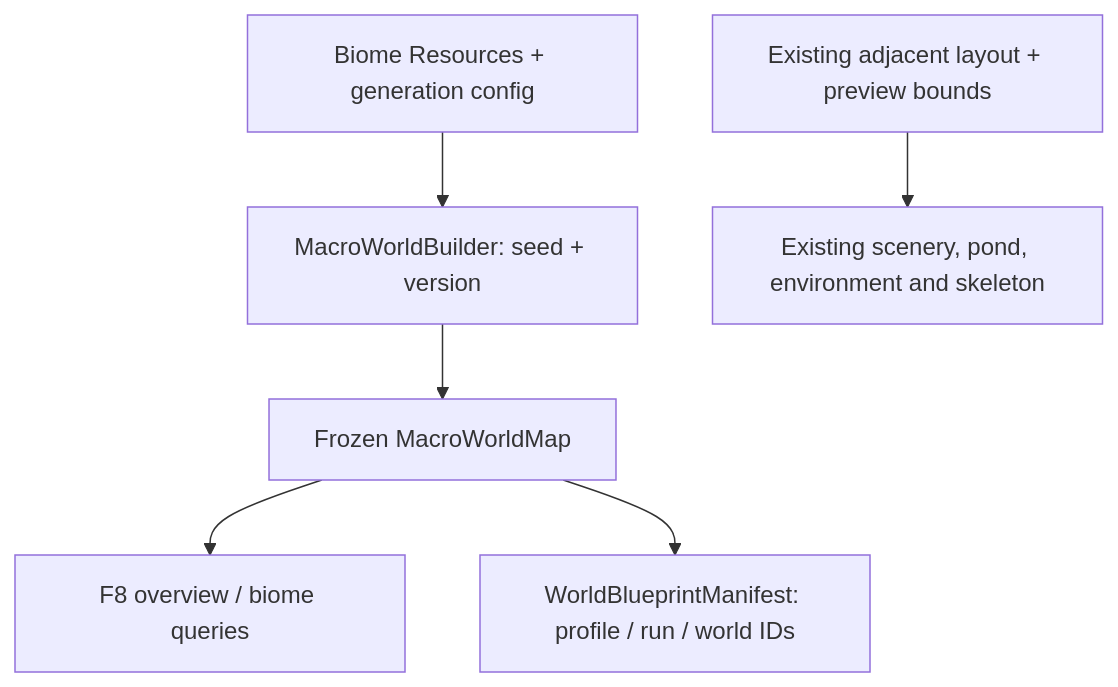
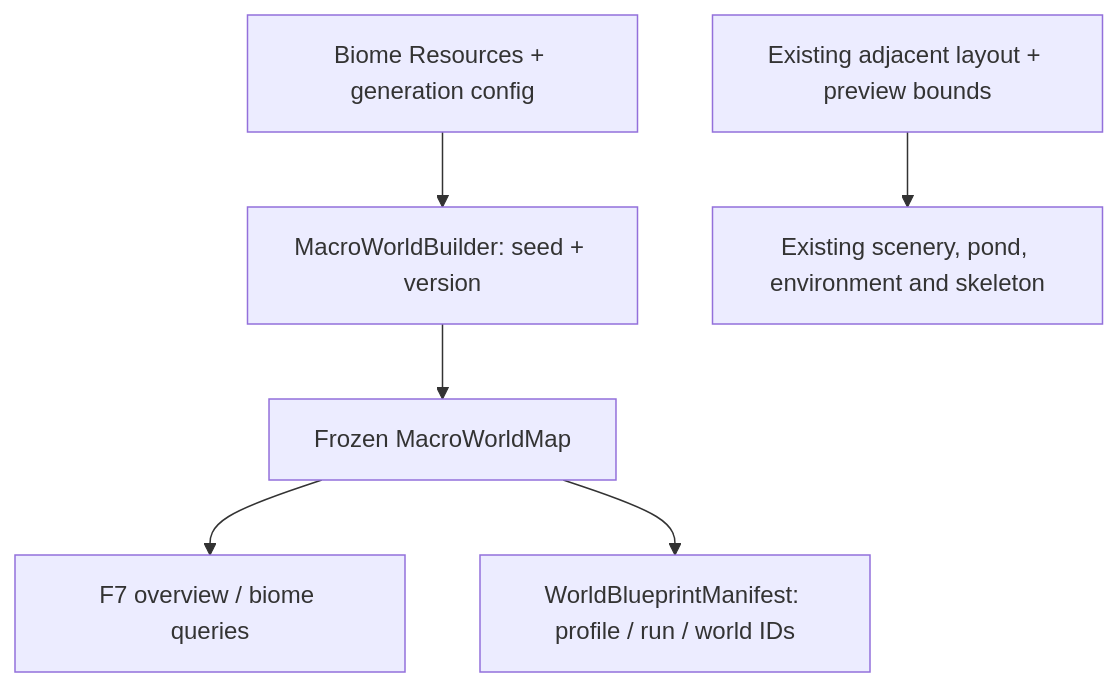
Before and after one commit to ben0kay/isometric-fantasy-2d: the diagram in WORLD/Generation/World/P0_P1_Audit.md, drawn with Mermaid. The commit also changed other lines of this file and 6 other files, not shown here.

````diff
--- a/WORLD/Generation/World/P0_P1_Audit.md
+++ b/WORLD/Generation/World/P0_P1_Audit.md
@@ -7,8 +7,8 @@
 ```mermaid
 flowchart TD
     A["Biome Resources + generation config"] --> B["MacroWorldBuilder: seed + version"]
     B --> C["Frozen MacroWorldMap"]
-    C --> D["F8 overview / biome queries"]
+    C --> D["F7 overview / biome queries"]
     C --> E["WorldBlueprintManifest: profile / run / world IDs"]
     F["Existing adjacent layout + preview bounds"] --> G["Existing scenery, pond, environment and skeleton"]
 ```
````
